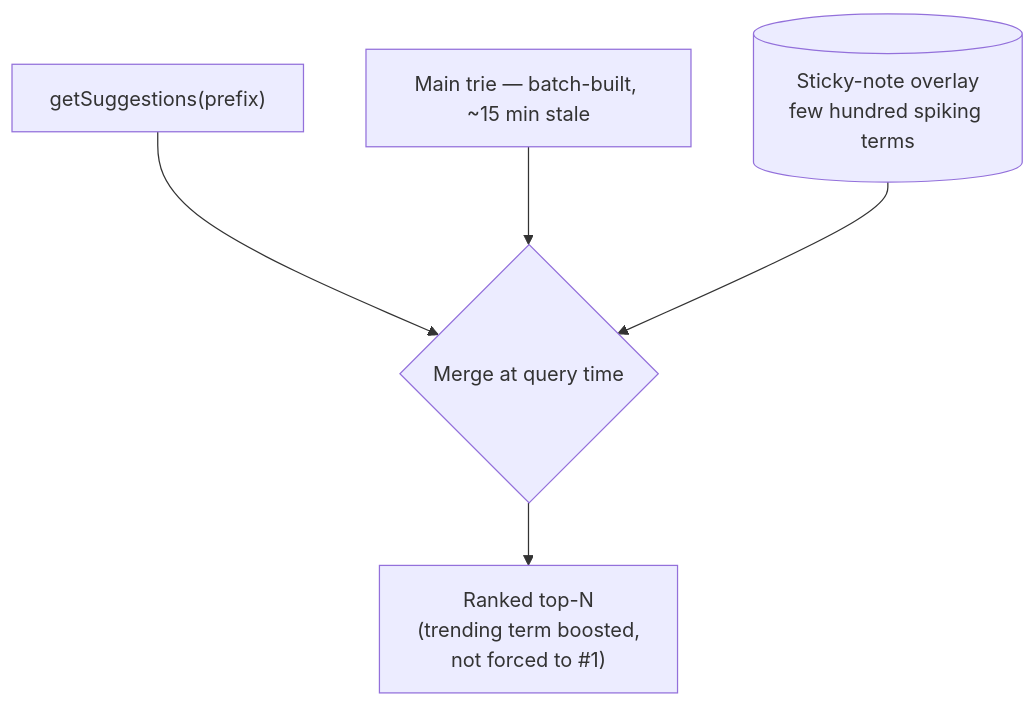
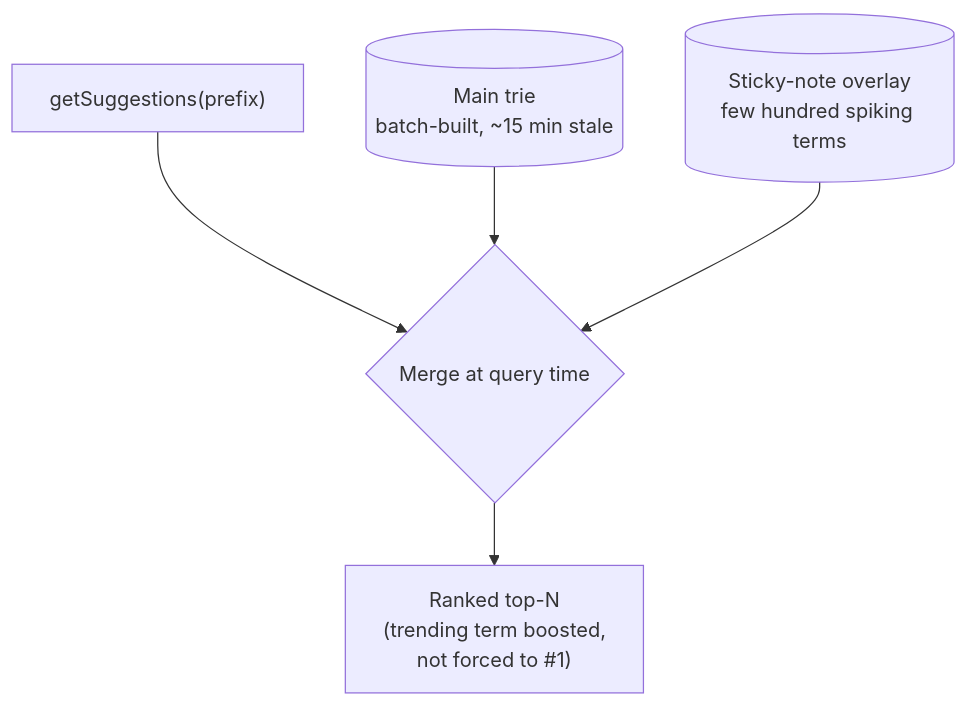
One commit to riyaz-pasha/Learnings changed the tenth of 16 diagrams in system-design/HLD/0-course/37-Typeahead-Suggestion-FAANG-Guide-story.md. Above: the diagram before and after it, drawn with Mermaid. The commit also changed other lines of this file and 1 other file, not shown here.

Commit message:
[REWRITE] Typeahead Suggestion story guide: simplify prose, add structure, fix diagrams

````diff
--- a/system-design/HLD/0-course/37-Typeahead-Suggestion-FAANG-Guide-story.md
+++ b/system-design/HLD/0-course/37-Typeahead-Suggestion-FAANG-Guide-story.md
@@ -224,7 +453,7 @@
 ```mermaid
 flowchart TD
     Q["getSuggestions(prefix)"] --> Merge{"Merge at query time"}
-    Trie["Main trie — batch-built, ~15 min stale"] --> Merge
-    Overlay[("Sticky-note overlay\nfew hundred spiking terms")] --> Merge
-    Merge --> R["Ranked top-N\n(trending term boosted,\nnot forced to #1)"]
+    Trie[("Main trie<br/>batch-built, ~15 min stale")] --> Merge
+    Overlay[("Sticky-note overlay<br/>few hundred spiking terms")] --> Merge
+    Merge --> R["Ranked top-N<br/>(trending term boosted,<br/>not forced to #1)"]
 ```
````
